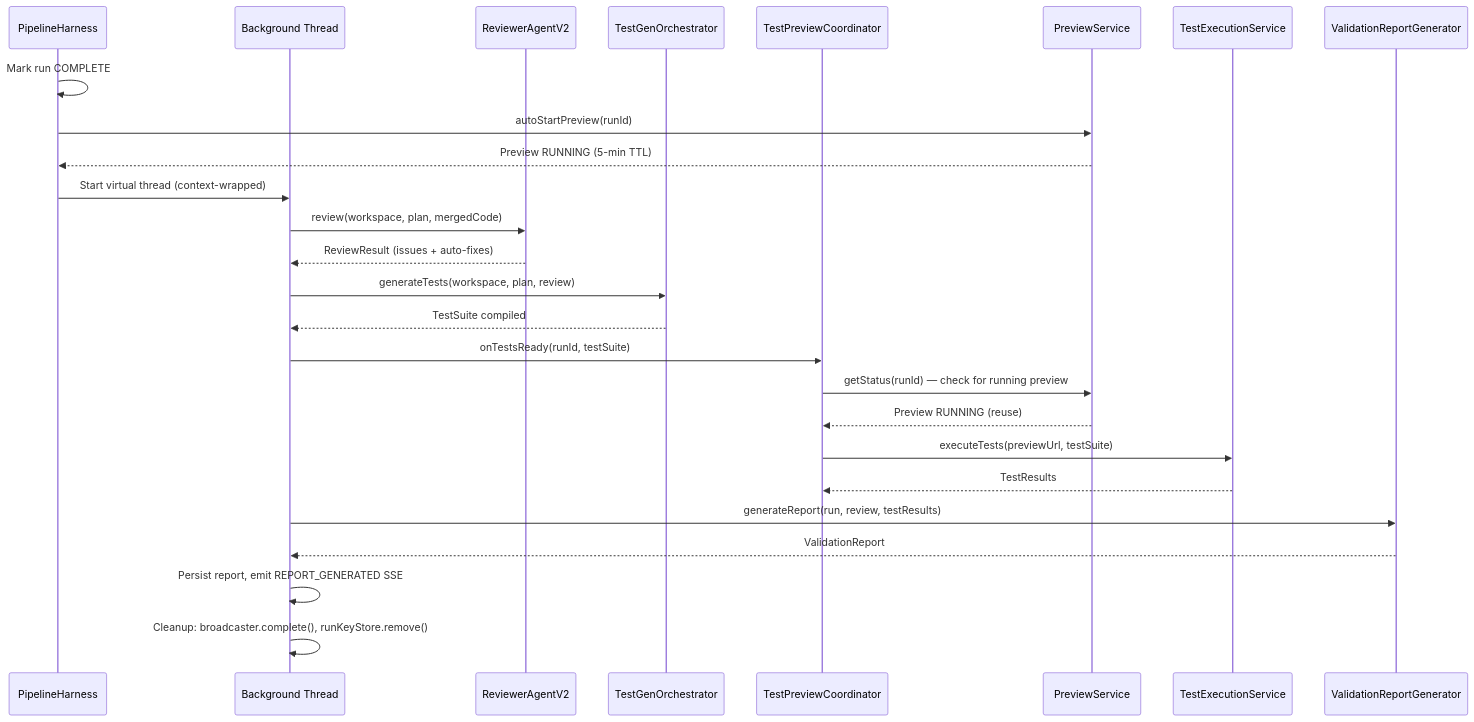
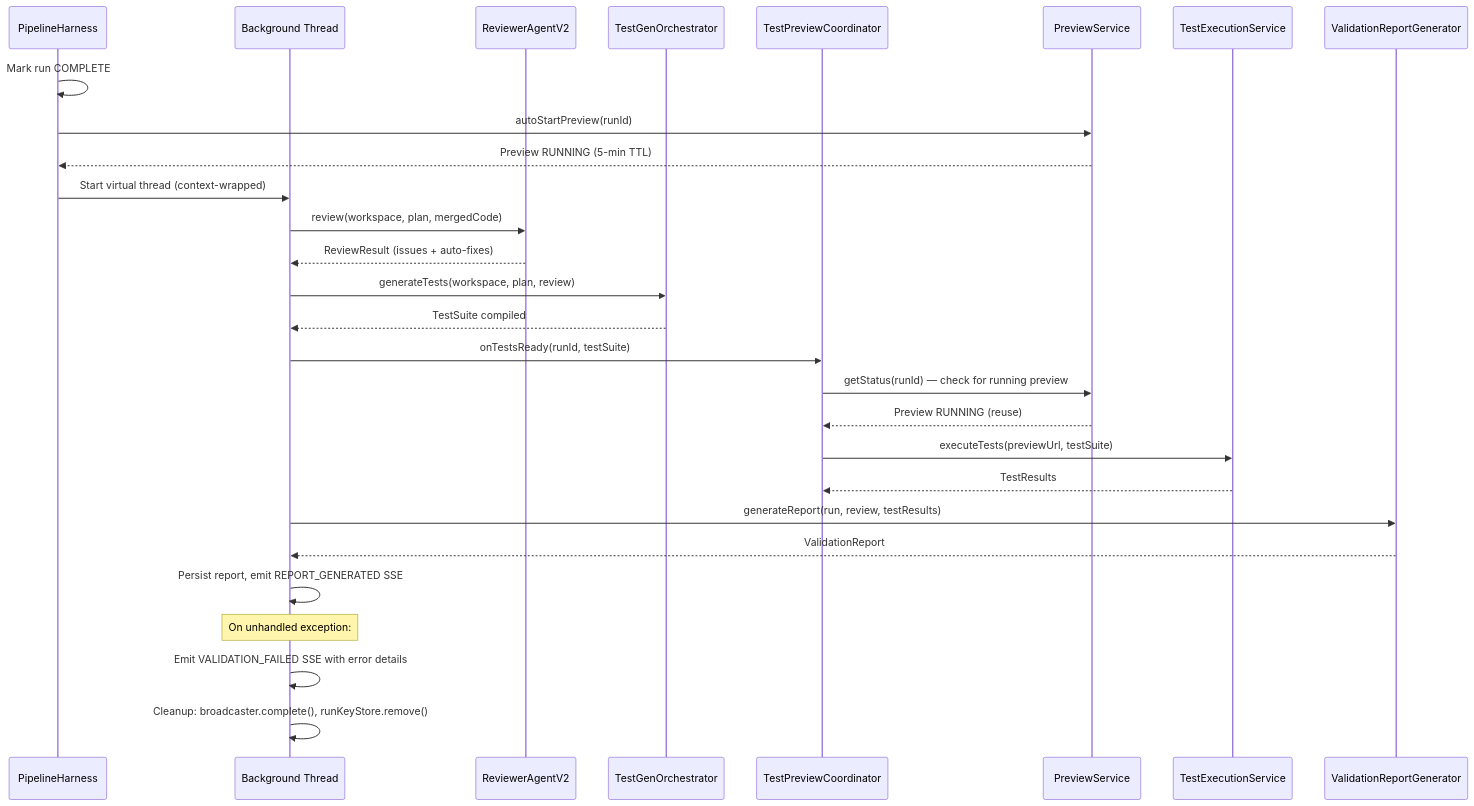
The fourth of 36 diagrams in docs/WORKFLOWS.md (navneetprabhakar/executespec), drawn with Mermaid before and after one commit. The commit also changed other lines of this file and 9 other files, not shown here.

````diff
--- a/docs/WORKFLOWS.md
+++ b/docs/WORKFLOWS.md
@@ -177,32 +185,34 @@
 ```mermaid
 sequenceDiagram
     participant PH as PipelineHarness
     participant BG as Background Thread
     participant RV as ReviewerAgentV2
     participant TG as TestGenOrchestrator
     participant TP as TestPreviewCoordinator
     participant PS as PreviewService
     participant TE as TestExecutionService
     participant VR as ValidationReportGenerator
 
     PH->>PH: Mark run COMPLETE
     PH->>PS: autoStartPreview(runId)
     PS-->>PH: Preview RUNNING (5-min TTL)
     PH->>BG: Start virtual thread (context-wrapped)
 
     BG->>RV: review(workspace, plan, mergedCode)
     RV-->>BG: ReviewResult (issues + auto-fixes)
     BG->>TG: generateTests(workspace, plan, review)
     TG-->>BG: TestSuite compiled
 
     BG->>TP: onTestsReady(runId, testSuite)
     TP->>PS: getStatus(runId) — check for running preview
     PS-->>TP: Preview RUNNING (reuse)
     TP->>TE: executeTests(previewUrl, testSuite)
     TE-->>TP: TestResults
 
     BG->>VR: generateReport(run, review, testResults)
     VR-->>BG: ValidationReport
     BG->>BG: Persist report, emit REPORT_GENERATED SSE
+    Note over BG: On unhandled exception:
+    BG->>BG: Emit VALIDATION_FAILED SSE with error details
     BG->>BG: Cleanup: broadcaster.complete(), runKeyStore.remove()
 ```
````
